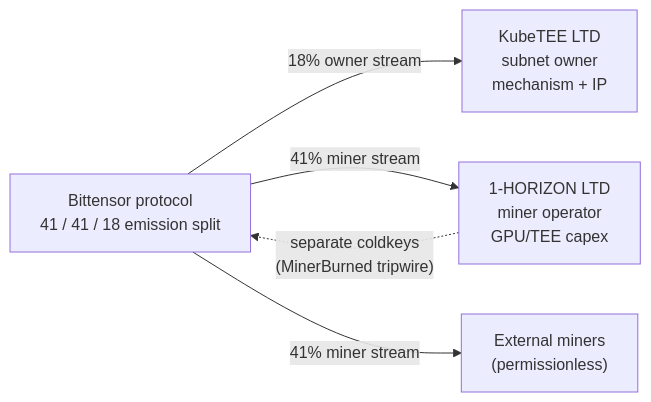
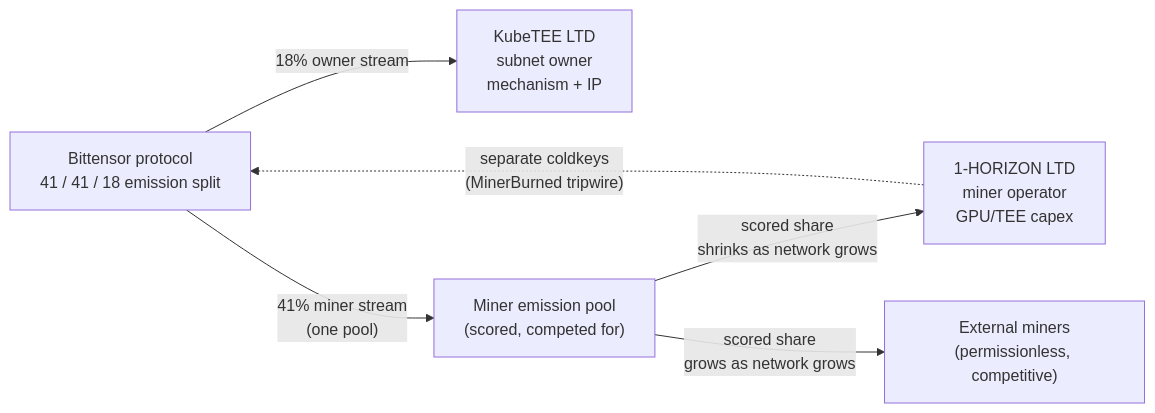
Before and after one commit to KubeTEE-AI/kubetee-subnet: the third of 6 diagrams in README.md, drawn with Mermaid. The commit also changed 1 other file, not shown here.

Commit message:
docs(subnet): show 41% miner stream as one scored pool split
Rework the Corporate Structure diagram (README + TOKENOMICS) so the 41%
miner stream flows into a single "Miner emission pool (scored, competed
for)" node, which then splits between 1-HORIZON (scored share — shrinks
as network grows) and external miners (scored share — grows as network
grows). The previous diagram drew two separate 41% arrows, which read as
82% to miners; the new shape makes the single-pool, competitive-split
dynamic explicit and matches the "target state" prose.

````diff
--- a/README.md
+++ b/README.md
@@ -462,8 +462,9 @@
 ```mermaid
 flowchart LR
     Proto["Bittensor protocol<br/>41 / 41 / 18 emission split"]
-    Proto -->|18% owner stream| Kube["KubeTEE LTD<br/>subnet owner<br/>mechanism + IP"]
-    Proto -->|41% miner stream| Hori["1-HORIZON LTD<br/>miner operator<br/>GPU/TEE capex"]
-    Proto -->|41% miner stream| Ext["External miners<br/>(permissionless)"]
+    Proto -->|"18% owner stream"| Kube["KubeTEE LTD<br/>subnet owner<br/>mechanism + IP"]
+    Proto -->|"41% miner stream<br/>(one pool)"| Pool["Miner emission pool<br/>(scored, competed for)"]
+    Pool -->|"scored share<br/>shrinks as network grows"| Hori["1-HORIZON LTD<br/>miner operator<br/>GPU/TEE capex"]
+    Pool -->|"scored share<br/>grows as network grows"| Ext["External miners<br/>(permissionless, competitive)"]
     Hori -.->|"separate coldkeys<br/>(MinerBurned tripwire)"| Proto
 ```
````
